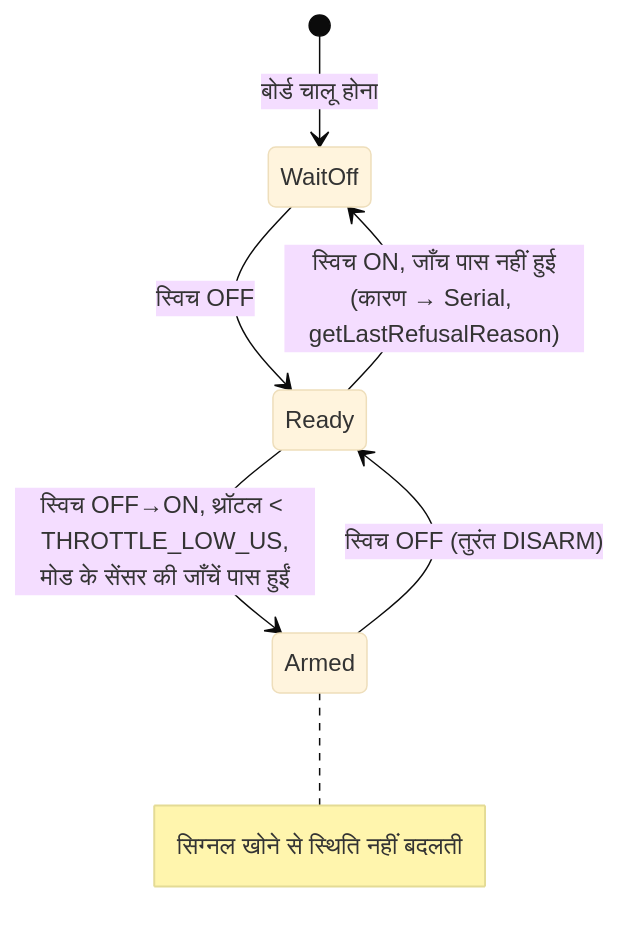
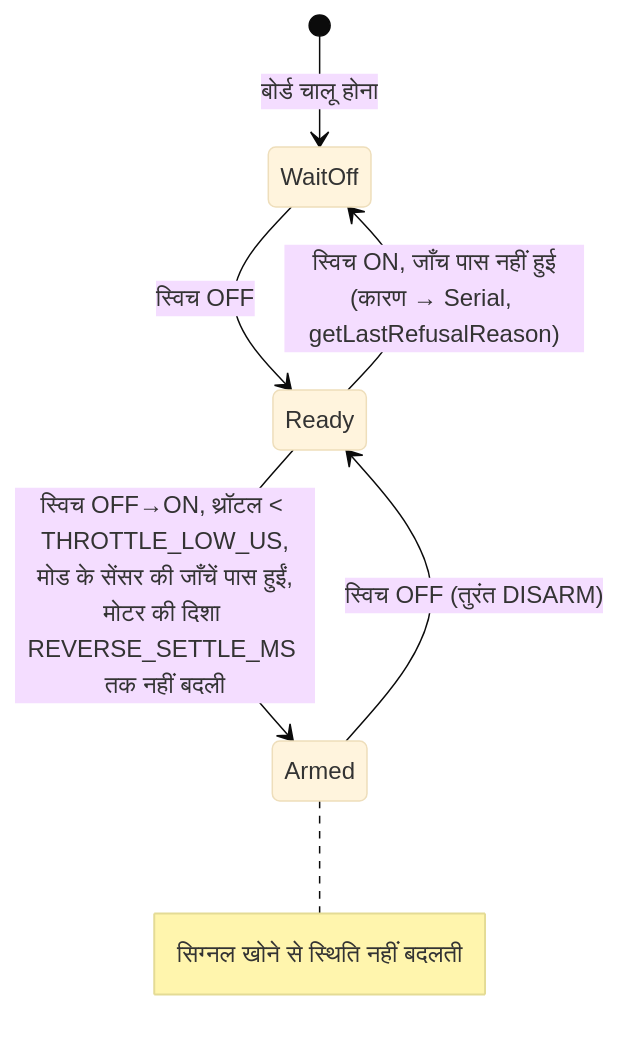
The seventh of 11 diagrams in docs/i18n/hi/ARCHITECTURE.md (damir-lebedev/OpenPlaneProject), drawn with Mermaid (base theme) before and after one commit. The commit also changed other lines of this file and 166 other files, not shown here.

````diff
--- a/docs/i18n/hi/ARCHITECTURE.md
+++ b/docs/i18n/hi/ARCHITECTURE.md
@@ -407,9 +413,9 @@
 ```mermaid
 stateDiagram-v2
     [*] --> WaitOff : बोर्ड चालू होना
     WaitOff --> Ready : स्विच OFF
-    Ready --> Armed : स्विच OFF→ON, थ्रॉटल < THROTTLE_LOW_US,<br/>मोड के सेंसर की जाँचें पास हुईं
+    Ready --> Armed : स्विच OFF→ON, थ्रॉटल < THROTTLE_LOW_US,<br/>मोड के सेंसर की जाँचें पास हुईं,<br/>मोटर की दिशा REVERSE_SETTLE_MS तक नहीं बदली
     Ready --> WaitOff : स्विच ON, जाँच पास नहीं हुई<br/>(कारण → Serial, getLastRefusalReason)
     Armed --> Ready : स्विच OFF (तुरंत DISARM)
     note right of Armed : सिग्नल खोने से स्थिति नहीं बदलती
 ```
````
